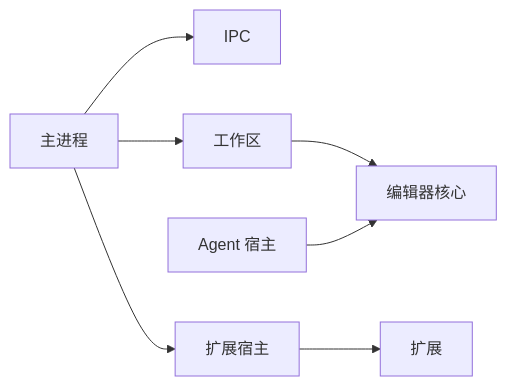
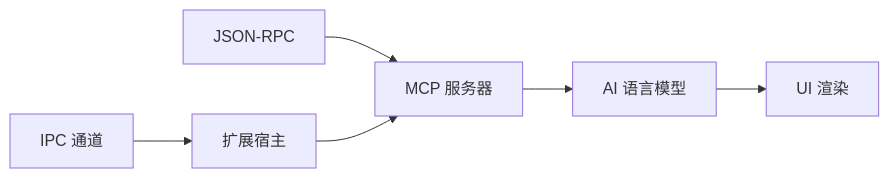
The ninth of 9 diagrams in .qoder/repowiki/zh/content/架构设计/组件交互模式.md (sofate798/KodrixCode), drawn with Mermaid before and after one commit. The commit also changed other lines of this file and 178 other files, not shown here.

````diff
--- a/.qoder/repowiki/zh/content/架构设计/组件交互模式.md
+++ b/.qoder/repowiki/zh/content/架构设计/组件交互模式.md
@@ -294,9 +311,8 @@
 ```mermaid
 graph LR
-Main["主进程"] --> IPC["IPC"]
-Main --> Workbench["工作区"]
-Main --> ExtHost["扩展宿主"]
-ExtHost --> Extensions["扩展"]
-Workbench --> Editor["编辑器核心"]
-Agent["Agent 宿主"] --> Editor
+IPC["IPC 通道"] --> ExtHost["扩展宿主"]
+JsonRPC["JSON-RPC"] --> MCP["MCP 服务器"]
+ExtHost --> MCP
+MCP --> AI["AI 语言模型"]
+AI --> UI["UI 渲染"]
 ```
````
